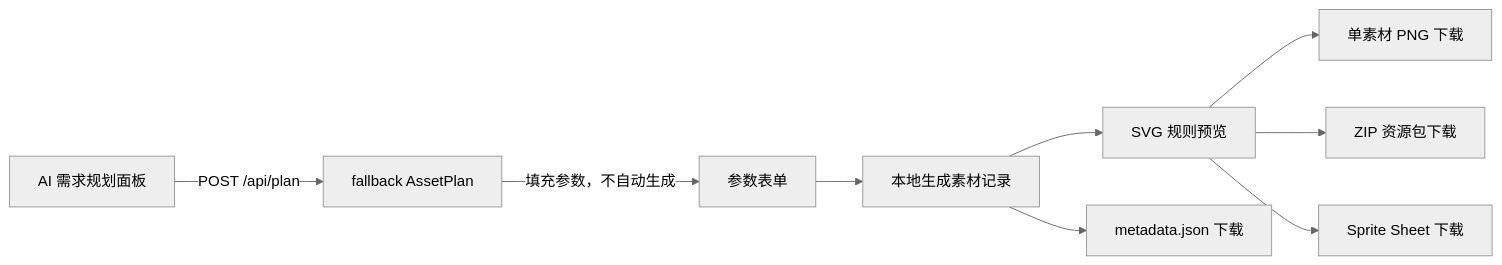
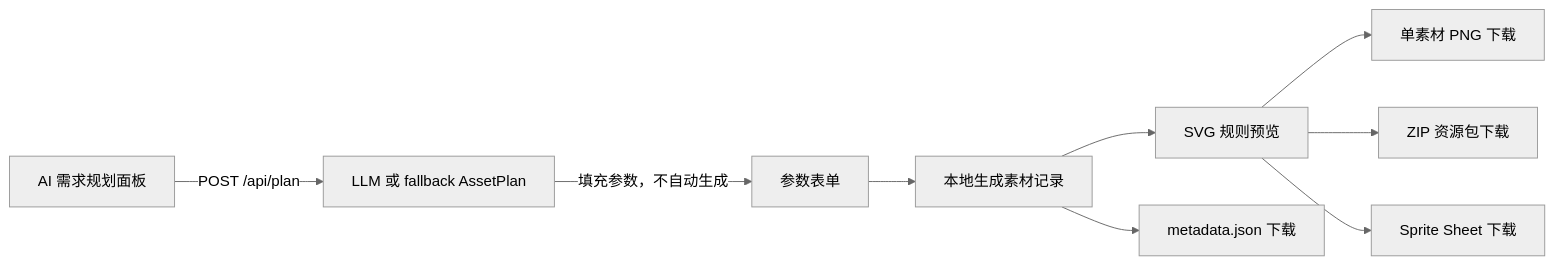
One commit to px-ego/game-asset-forge changed the first of 2 diagrams in docs/ARCHITECTURE.md. Above: the diagram before and after it, drawn with Mermaid (neutral theme). The commit also changed other lines of this file and 11 other files, not shown here.

````diff
--- a/docs/ARCHITECTURE.md
+++ b/docs/ARCHITECTURE.md
@@ -19,11 +19,11 @@
 ```mermaid
 flowchart LR
-  P["AI 需求规划面板"] -->|"POST /api/plan"| H["fallback AssetPlan"]
+  P["AI 需求规划面板"] -->|"POST /api/plan"| H["LLM 或 fallback AssetPlan"]
   H -->|"填充参数，不自动生成"| A["参数表单"]
   A --> B["本地生成素材记录"]
   B --> C["SVG 规则预览"]
   C --> D["单素材 PNG 下载"]
   B --> E["metadata.json 下载"]
   C --> F["ZIP 资源包下载"]
   C --> G["Sprite Sheet 下载"]
 ```
````
